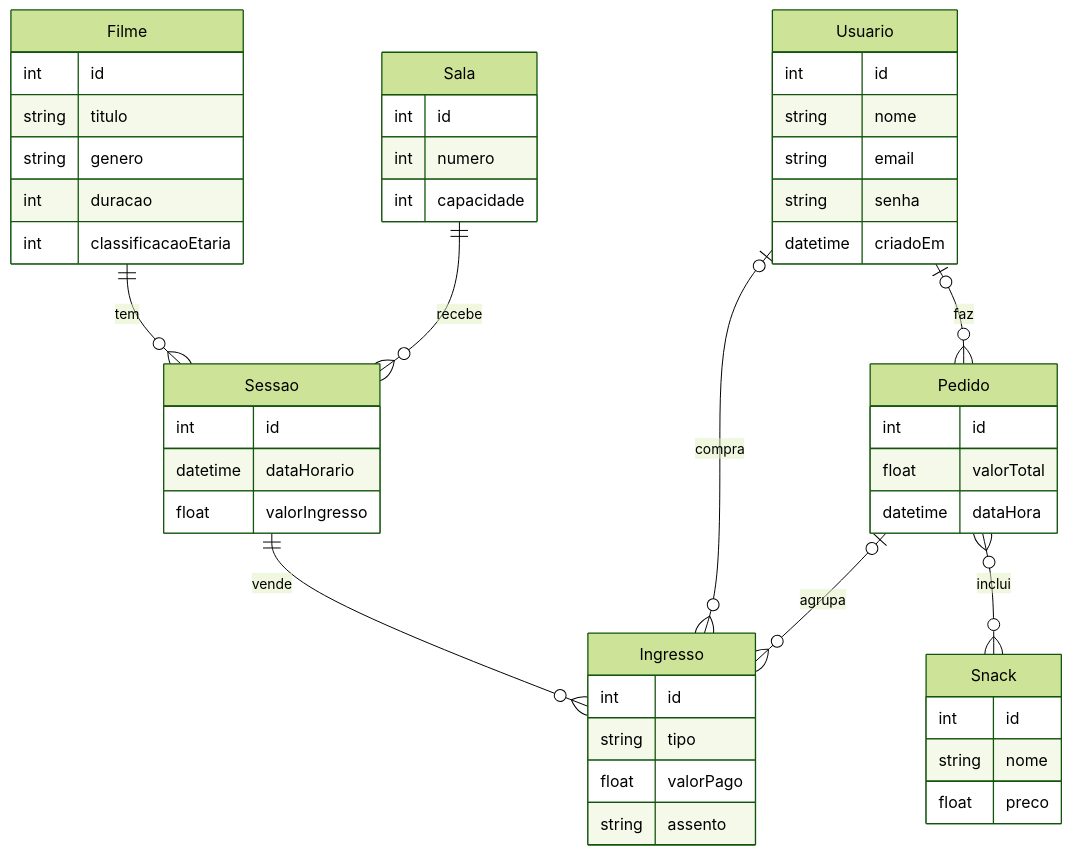
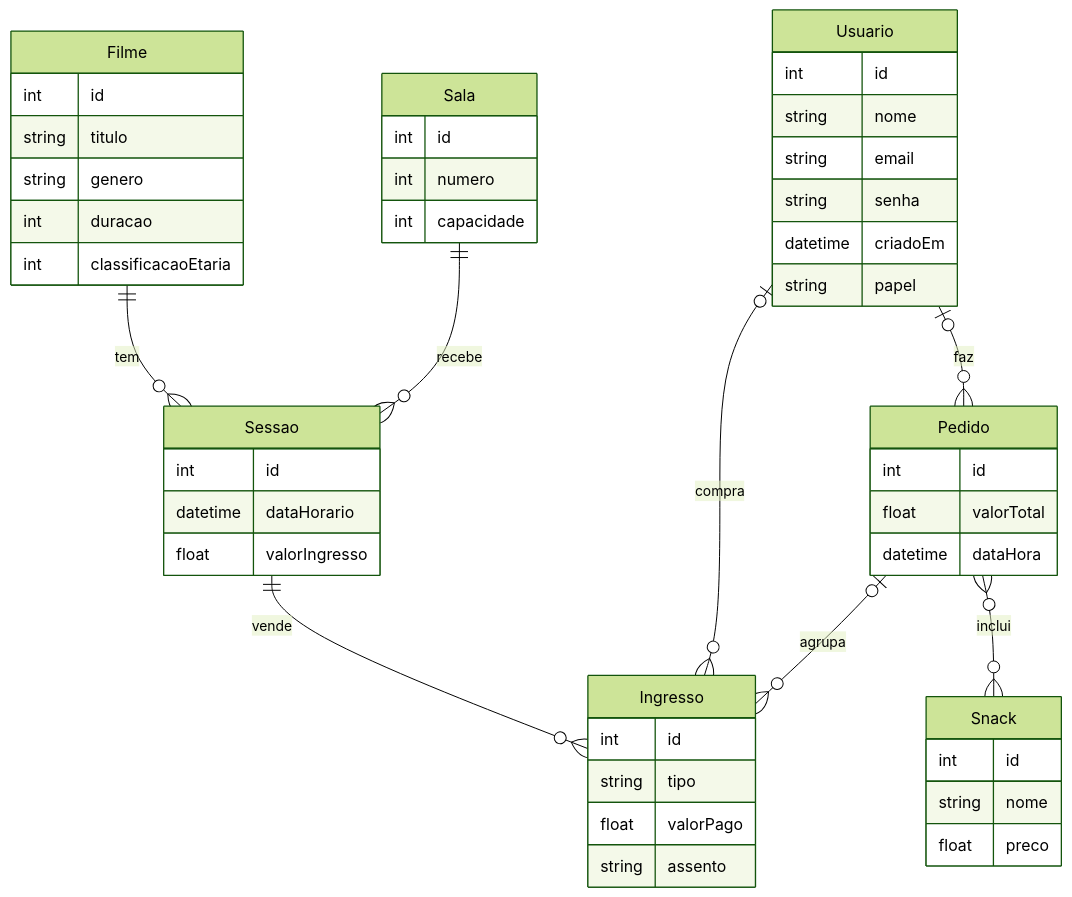
Before and after one commit to alexlbnt/cinema-app: the diagram in cinema-nestjs-swagger-main/README.md, drawn with Mermaid (forest theme). The commit also changed other lines of this file and 52 other files, not shown here.

````diff
--- a/cinema-nestjs-swagger-main/README.md
+++ b/cinema-nestjs-swagger-main/README.md
@@ -89,51 +93,52 @@
 ```mermaid
 erDiagram
     Filme ||--o{ Sessao : "tem"
     Sala ||--o{ Sessao : "recebe"
     Sessao ||--o{ Ingresso : "vende"
     Pedido |o--o{ Ingresso : "agrupa"
     Pedido }o--o{ Snack : "inclui"
     Usuario |o--o{ Ingresso : "compra"
     Usuario |o--o{ Pedido : "faz"
 
     Filme {
         int id
         string titulo
         string genero
         int duracao
         int classificacaoEtaria
     }
     Sala {
         int id
         int numero
         int capacidade
     }
     Sessao {
         int id
         datetime dataHorario
         float valorIngresso
     }
     Ingresso {
         int id
         string tipo
         float valorPago
         string assento
     }
     Pedido {
         int id
         float valorTotal
         datetime dataHora
     }
     Snack {
         int id
         string nome
         float preco
     }
     Usuario {
         int id
         string nome
         string email
         string senha
         datetime criadoEm
+        string papel
     }
 ```
````
